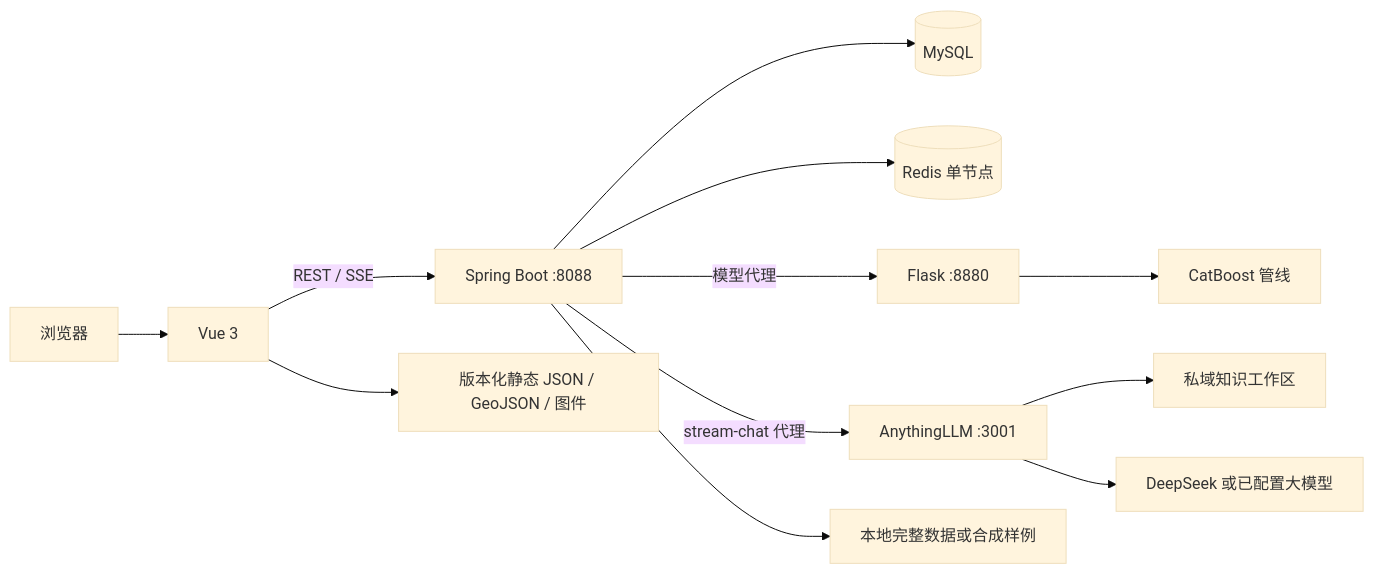
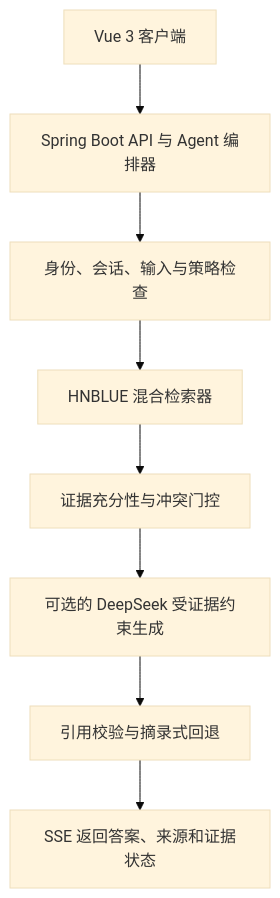
The diagram in README.zh-CN.md (FAIRY123456789/HNBLUE), drawn with Mermaid (base theme) before and after one commit. The commit also changed other lines of this file and 268 other files, not shown here.

````diff
--- a/README.zh-CN.md
+++ b/README.zh-CN.md
@@ -24,14 +33,18 @@
 ```mermaid
-flowchart LR
-    U[浏览器] --> V[Vue 3]
-    V -->|REST / SSE| B[Spring Boot :8088]
-    B --> M[(MySQL)]
-    B --> R[(Redis 单节点)]
-    B -->|模型代理| F[Flask :8880]
-    F --> C[CatBoost 管线]
-    B -->|stream-chat 代理| A[AnythingLLM :3001]
-    A --> K[私域知识工作区]
-    A --> D[DeepSeek 或已配置大模型]
-    V --> S[版本化静态 JSON / GeoJSON / 图件]
-    B --> E[本地完整数据或合成样例]
+flowchart TB
+    A[Vue 3 客户端]
+    B[Spring Boot API 与 Agent 编排器]
+    C[身份、会话、输入与策略检查]
+    D[HNBLUE 混合检索器]
+    E[证据充分性与冲突门控]
+    F[可选的 DeepSeek 受证据约束生成]
+    G[引用校验与摘录式回退]
+    H[SSE 返回答案、来源和证据状态]
+    A --> B
+    B --> C
+    C --> D
+    D --> E
+    E --> F
+    F --> G
+    G --> H
 ```
````
